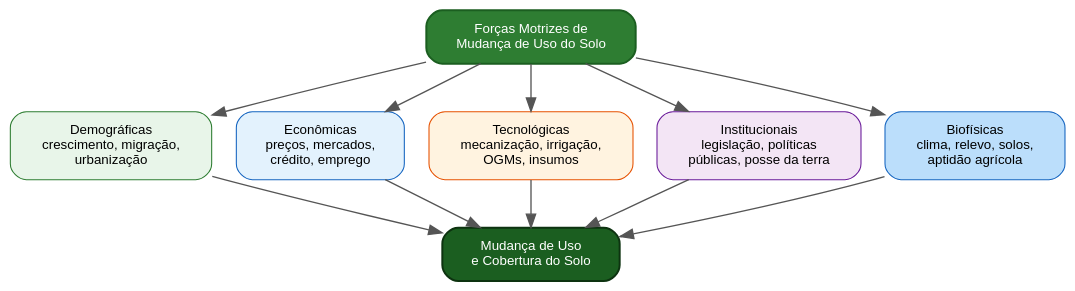
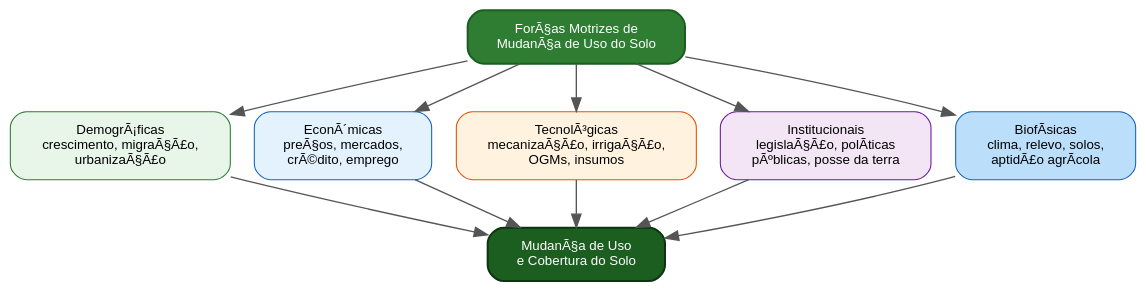
The first of 2 diagrams in books/ciencia-paisagem/capitulos/12-dinamica-uso-solo.qmd (ldvsantos/cv), drawn with Graphviz before and after one commit. The commit also changed other lines of this file and 39 other files, not shown here.

Commit message:
livro ciencia-paisagem: sinopse, Fig 1.1 e 2.1 em TikZ, enriquecimento caps 06/08/09/12/13

````diff
--- a/books/ciencia-paisagem/capitulos/12-dinamica-uso-solo.qmd
+++ b/books/ciencia-paisagem/capitulos/12-dinamica-uso-solo.qmd
@@ -13,26 +13,26 @@
 ```{dot}
 //| label: fig-forcas-motrizes-lulc
-//| fig-cap: "Cinco categorias de forças motrizes que condicionam as mudanças de uso e cobertura do solo, convergindo para a transformação observada na paisagem."
+//| fig-cap: "Cinco categorias de forÃ§as motrizes que condicionam as mudanÃ§as de uso e cobertura do solo, convergindo para a transformaÃ§Ã£o observada na paisagem."
 //| fig-width: 6.5
 digraph {
     rankdir=TB
     bgcolor="transparent"
     node [shape=box, style="rounded,filled", fontname="Helvetica", fontsize=10, margin="0.25,0.12", penwidth=0.8]
     edge [color="#555555", penwidth=1.0]
 
-    A [label="Forças Motrizes de\nMudança de Uso do Solo", fillcolor="#2E7D32", fontcolor="white", color="#1B5E20", penwidth=1.5]
-    B [label="Demográficas\ncrescimento, migração,\nurbanização", fillcolor="#E8F5E9", color="#2E7D32"]
-    C [label="Econômicas\npreços, mercados,\ncrédito, emprego", fillcolor="#E3F2FD", color="#1565C0"]
-    D [label="Tecnológicas\nmecanização, irrigação,\nOGMs, insumos", fillcolor="#FFF3E0", color="#E65100"]
-    E [label="Institucionais\nlegislação, políticas\npúblicas, posse da terra", fillcolor="#F3E5F5", color="#6A1B9A"]
-    F [label="Biofísicas\nclima, relevo, solos,\naptidão agrícola", fillcolor="#BBDEFB", color="#1565C0"]
-    G [label="Mudança de Uso\ne Cobertura do Solo", fillcolor="#1B5E20", fontcolor="white", color="#0D3310", penwidth=1.5]
+    A [label="ForÃ§as Motrizes de\nMudanÃ§a de Uso do Solo", fillcolor="#2E7D32", fontcolor="white", color="#1B5E20", penwidth=1.5]
+    B [label="DemogrÃ¡ficas\ncrescimento, migraÃ§Ã£o,\nurbanizaÃ§Ã£o", fillcolor="#E8F5E9", color="#2E7D32"]
+    C [label="EconÃ´micas\npreÃ§os, mercados,\ncrÃ©dito, emprego", fillcolor="#E3F2FD", color="#1565C0"]
+    D [label="TecnolÃ³gicas\nmecanizaÃ§Ã£o, irrigaÃ§Ã£o,\nOGMs, insumos", fillcolor="#FFF3E0", color="#E65100"]
+    E [label="Institucionais\nlegislaÃ§Ã£o, polÃ­ticas\npÃºblicas, posse da terra", fillcolor="#F3E5F5", color="#6A1B9A"]
+    F [label="BiofÃ­sicas\nclima, relevo, solos,\naptidÃ£o agrÃ­cola", fillcolor="#BBDEFB", color="#1565C0"]
+    G [label="MudanÃ§a de Uso\ne Cobertura do Solo", fillcolor="#1B5E20", fontcolor="white", color="#0D3310", penwidth=1.5]
 
     A -> {B C D E F}
     B -> G
     C -> G
     D -> G
     E -> G
     F -> G
 }
 ```
````
